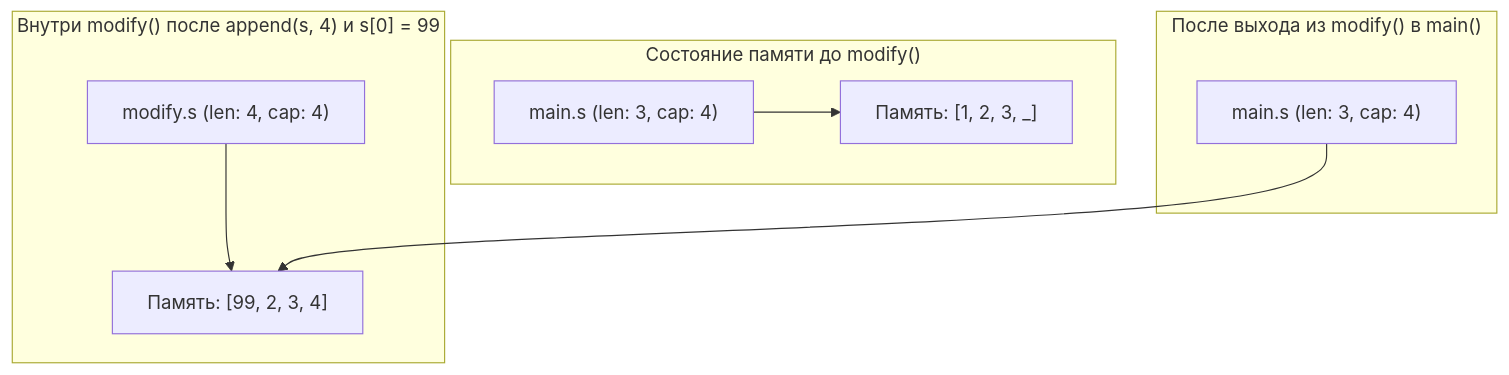
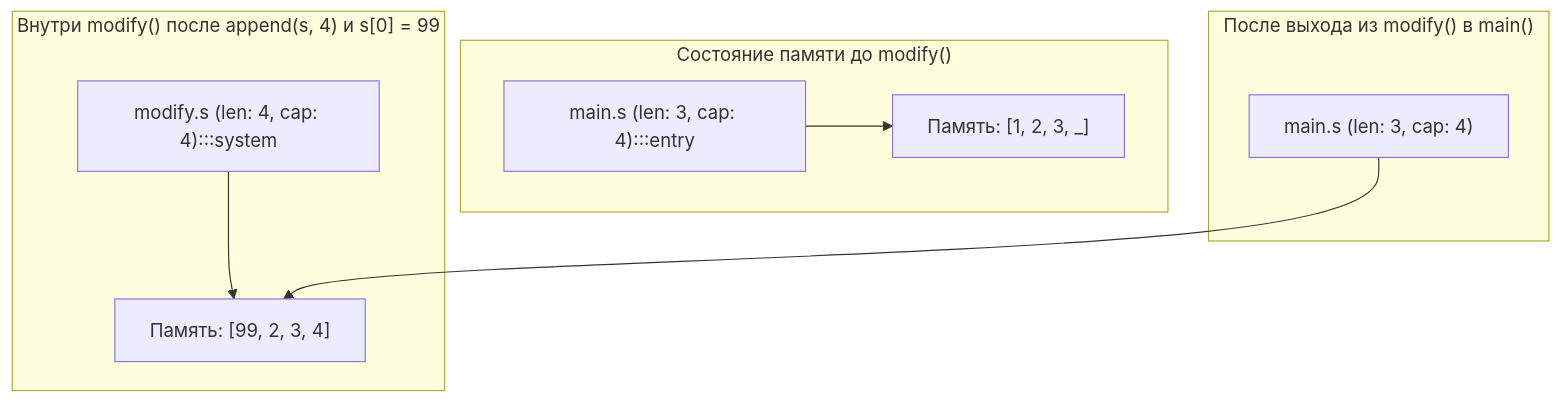
Before and after one commit to UnrealTemplier/go-textbook: the fourth of 4 diagrams in sources/20. Алгоритмы и структуры данных (DSA) на Go/02. Базовые структуры данных/2. Слайсы в Go как структура данных.md, drawn with Mermaid. The commit also changed other lines of this file and 1666 other files, not shown here.

First line of the commit message:
feat(mermaid): add semantic color classDef to 1369 colorless flowchart/graph diagrams

````diff
--- a/sources/20. Алгоритмы и структуры данных (DSA) на Go/02. Базовые структуры данных/2. Слайсы в Go как структура данных.md
+++ b/sources/20. Алгоритмы и структуры данных (DSA) на Go/02. Базовые структуры данных/2. Слайсы в Go как структура данных.md
@@ -143,14 +173,24 @@
 ```mermaid
 flowchart TD
+    classDef process  fill:#1e293b,stroke:#38bdf8,stroke-width:1px,color:#f8fafc
+    classDef success  fill:#064e3b,stroke:#34d399,stroke-width:1px,color:#f8fafc
+    classDef error    fill:#7f1d1d,stroke:#f87171,stroke-width:1px,color:#f8fafc
+    classDef warning  fill:#78350f,stroke:#fbbf24,stroke-width:1px,color:#f8fafc
+    classDef entry    fill:#1e3a5f,stroke:#38bdf8,stroke-width:2px,color:#f8fafc
+    classDef aux      fill:#334155,stroke:#64748b,stroke-width:1px,color:#f8fafc
+    classDef system   fill:#312e81,stroke:#a78bfa,stroke-width:1px,color:#f8fafc
+    classDef data     fill:#132d29,stroke:#2dd4bf,stroke-width:1px,color:#f8fafc
+    classDef network  fill:#881337,stroke:#fb7185,stroke-width:1px,color:#f8fafc
+    classDef accent   fill:#1e1b4b,stroke:#818cf8,stroke-width:1px,color:#f8fafc
     subgraph StateBefore["Состояние памяти до modify()"]
-        mHeader["main.s (len: 3, cap: 4)"] --> arr["Память: [1, 2, 3, _]"]
+        mHeader["main.s (len: 3, cap: 4):::entry"] --> arr["Память: [1, 2, 3, _]"]
     end
 
     subgraph StateInside["Внутри modify() после append(s, 4) и s[0] = 99"]
-        modHeader["modify.s (len: 4, cap: 4)"] --> arrModified["Память: [99, 2, 3, 4]"]
+        modHeader["modify.s (len: 4, cap: 4):::system"] --> arrModified["Память: [99, 2, 3, 4]"]
     end
 
     subgraph StateAfter["После выхода из modify() в main()"]
         mHeaderAfter["main.s (len: 3, cap: 4)"] --> arrModified
     end
 ```
````
